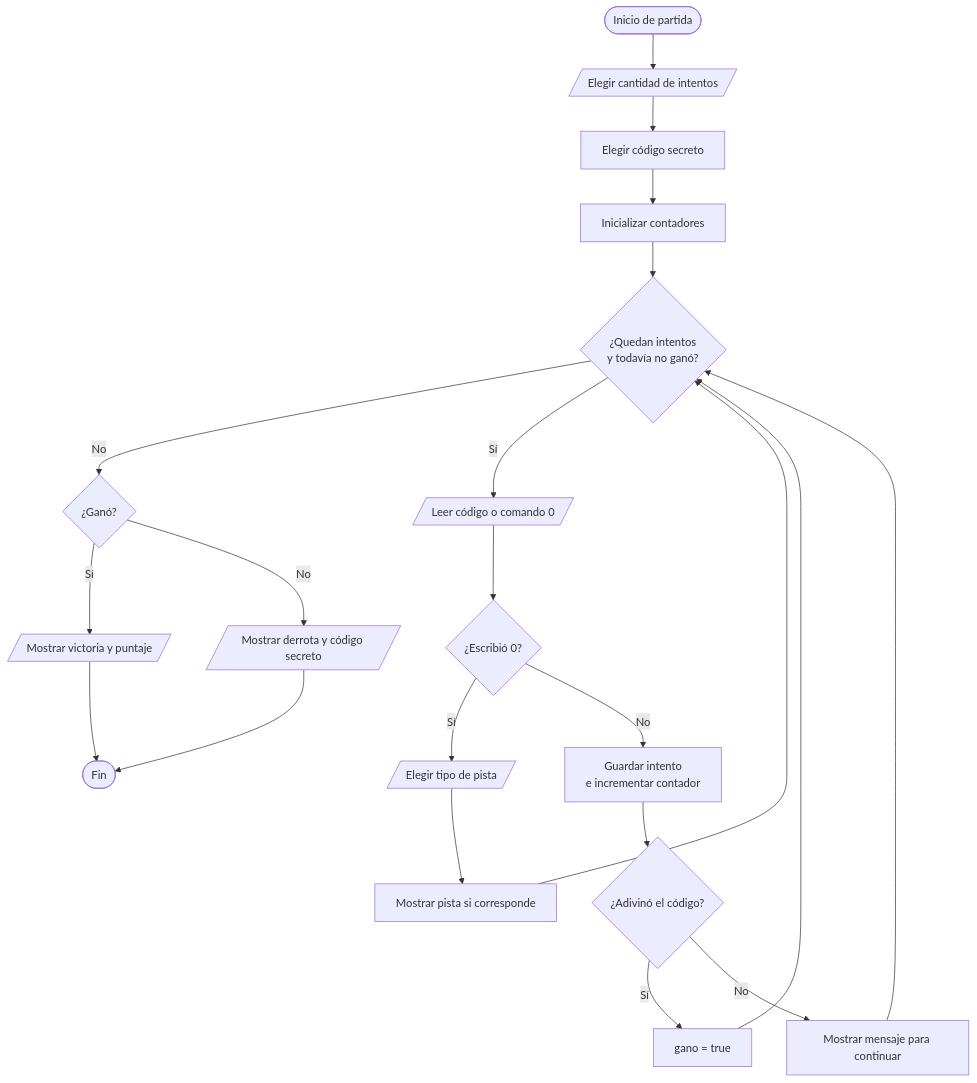
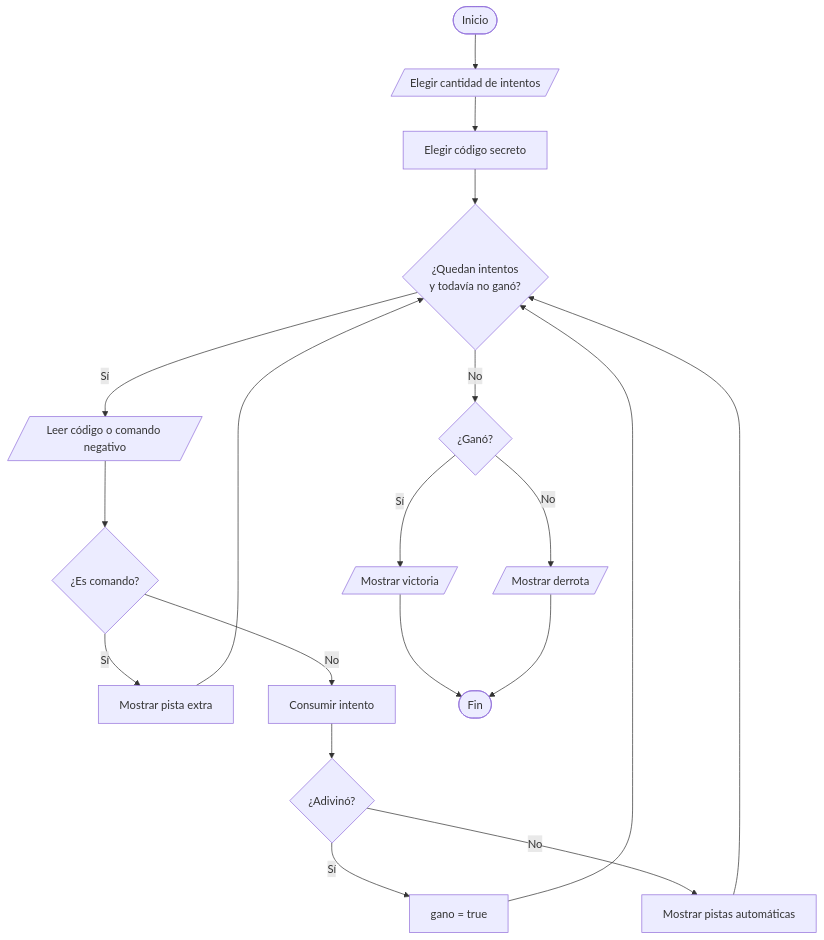
The diagram in codigo.md (cesarszv/sis111-finalproject), drawn with Mermaid before and after one commit. The commit also changed other lines of this file and 18 other files, not shown here.

````diff
--- a/codigo.md
+++ b/codigo.md
@@ -236,23 +145,21 @@
 ```mermaid
 flowchart TD
-    A([Inicio de partida]) --> B[/Elegir cantidad de intentos/]
+    A([Inicio]) --> B[/Elegir cantidad de intentos/]
     B --> C[Elegir código secreto]
-    C --> D[Inicializar contadores]
-    D --> E{¿Quedan intentos<br/>y todavía no ganó?}
-    E -- No --> N{¿Ganó?}
-    E -- Sí --> F[/Leer código o comando 0/]
-    F --> G{¿Escribió 0?}
-    G -- Sí --> H[/Elegir tipo de pista/]
-    H --> I[Mostrar pista si corresponde]
-    I --> E
-    G -- No --> J[Guardar intento<br/>e incrementar contador]
-    J --> K{¿Adivinó el código?}
-    K -- Sí --> L[gano = true]
-    K -- No --> M[Mostrar mensaje para continuar]
-    L --> E
-    M --> E
-    N -- Sí --> O[/Mostrar victoria y puntaje/]
-    N -- No --> P[/Mostrar derrota y código secreto/]
-    O --> Q([Fin])
-    P --> Q
+    C --> D{¿Quedan intentos<br/>y todavía no ganó?}
+    D -- No --> K{¿Ganó?}
+    D -- Sí --> E[/Leer código o comando negativo/]
+    E --> F{¿Es comando?}
+    F -- Sí --> G[Mostrar pista extra]
+    G --> D
+    F -- No --> H[Consumir intento]
+    H --> I{¿Adivinó?}
+    I -- Sí --> J[gano = true]
+    I -- No --> L[Mostrar pistas automáticas]
+    J --> D
+    L --> D
+    K -- Sí --> M[/Mostrar victoria/]
+    K -- No --> N[/Mostrar derrota/]
+    M --> O([Fin])
+    N --> O
 ```
````
